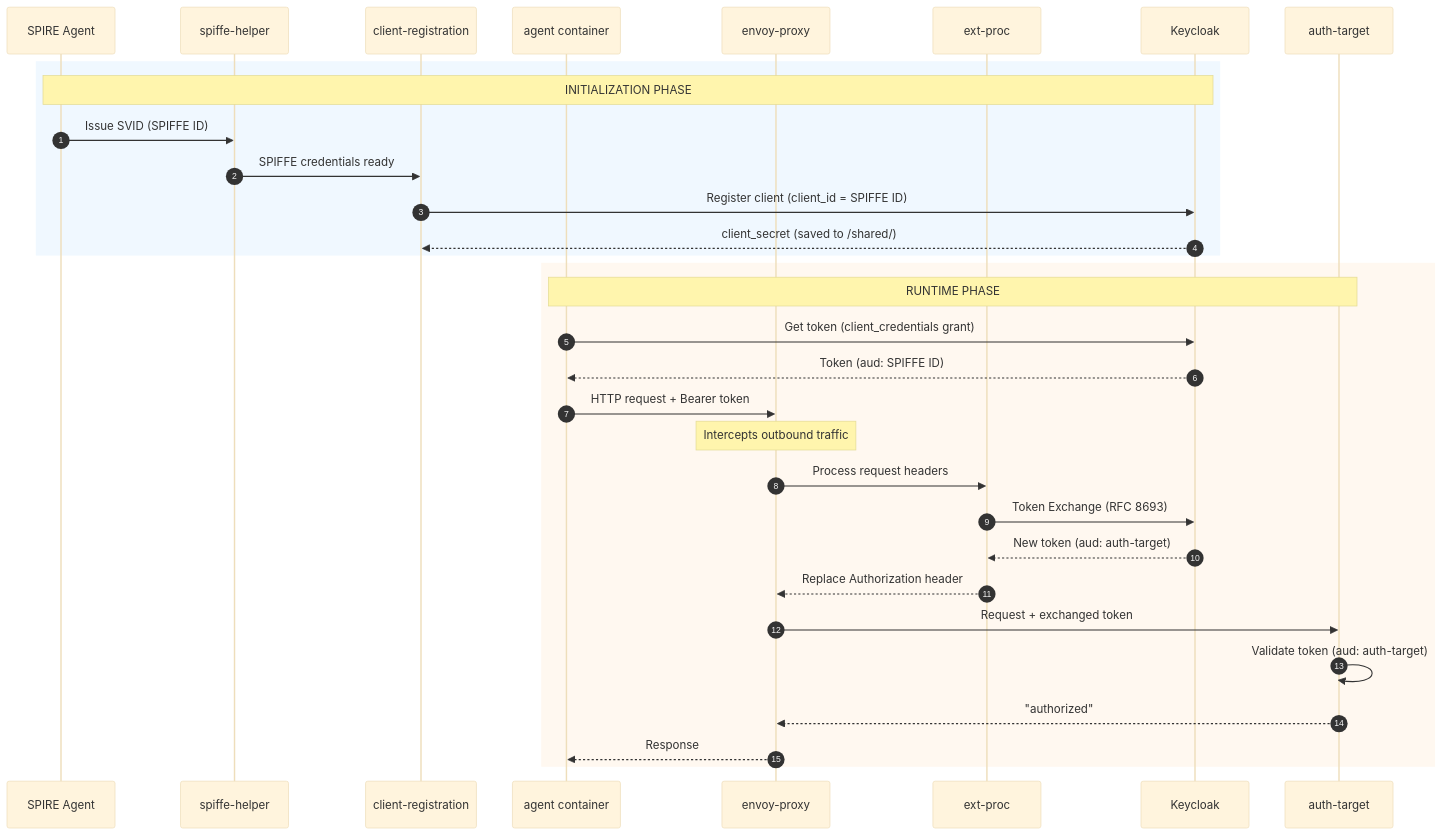
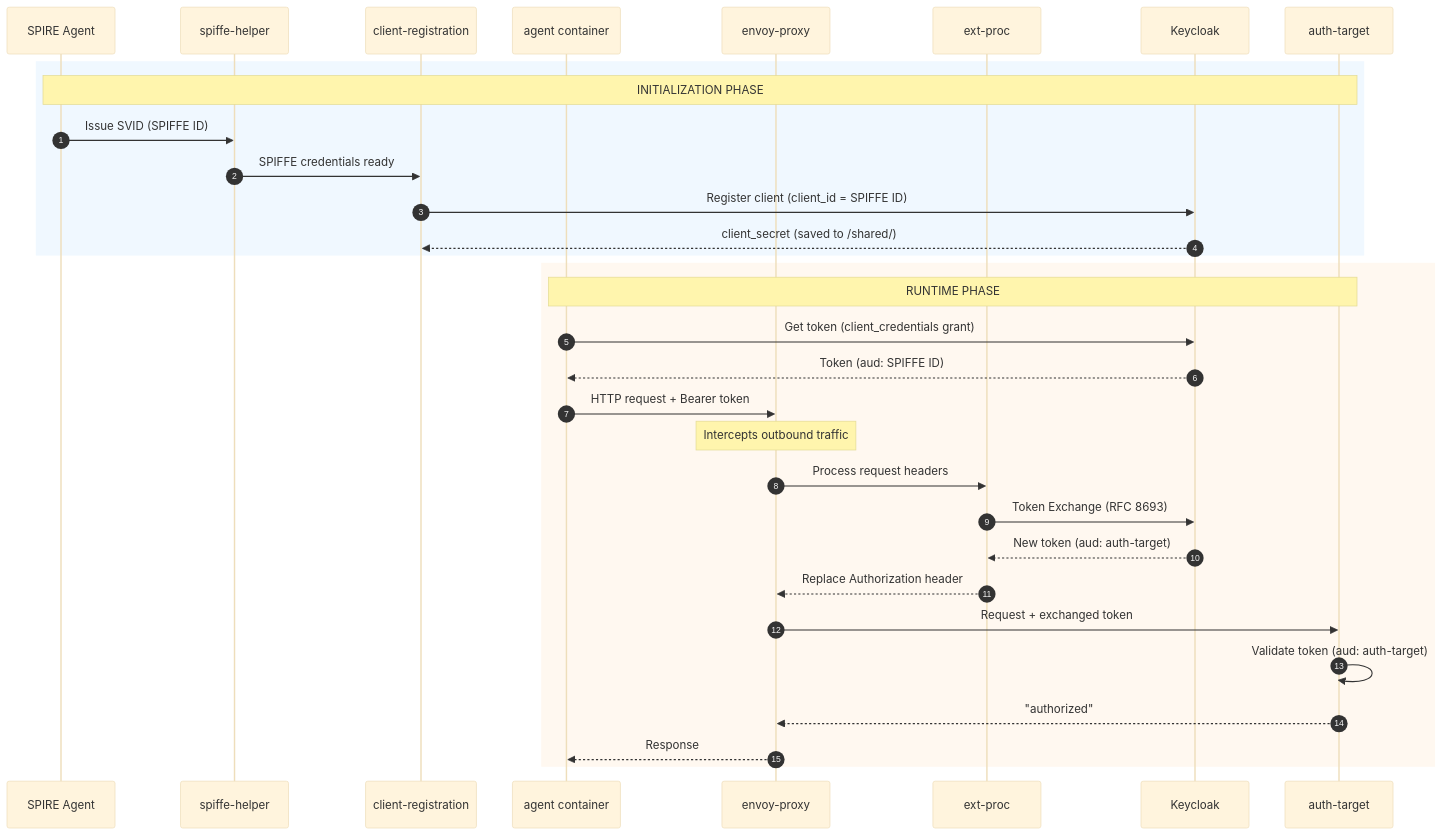
One commit to mrsabath/kagenti-extensions changed the second of 2 diagrams in AuthBridge/demo.md. Above: the diagram before and after it, drawn with Mermaid (base theme). The commit also changed other lines of this file, not shown here.

````diff
--- a/AuthBridge/demo.md
+++ b/AuthBridge/demo.md
@@ -162,39 +163,39 @@
 ```mermaid
 sequenceDiagram
     autonumber
     participant SPIRE as SPIRE Agent
     participant Helper as spiffe-helper
     participant Reg as client-registration
     participant Agent as agent container
     participant Envoy as envoy-proxy
     participant ExtProc as ext-proc
     participant KC as Keycloak
     participant Target as auth-target
 
     rect rgb(240, 248, 255)
-        Note over SPIRE,KC: INITIALIZATION PHASE
+        Note over SPIRE,Target: INITIALIZATION PHASE
         SPIRE->>Helper: Issue SVID (SPIFFE ID)
         Helper->>Reg: SPIFFE credentials ready
         Reg->>KC: Register client (client_id = SPIFFE ID)
         KC-->>Reg: client_secret (saved to /shared/)
     end
 
     rect rgb(255, 248, 240)
         Note over Agent,Target: RUNTIME PHASE
         Agent->>KC: Get token (client_credentials grant)
         KC-->>Agent: Token (aud: SPIFFE ID)
         
         Agent->>Envoy: HTTP request + Bearer token
         Note over Envoy: Intercepts outbound traffic
         
         Envoy->>ExtProc: Process request headers
         ExtProc->>KC: Token Exchange (RFC 8693)
         KC-->>ExtProc: New token (aud: auth-target)
         ExtProc-->>Envoy: Replace Authorization header
         
         Envoy->>Target: Request + exchanged token
         Target->>Target: Validate token (aud: auth-target)
         Target-->>Envoy: "authorized"
         Envoy-->>Agent: Response
     end
 ```
````
